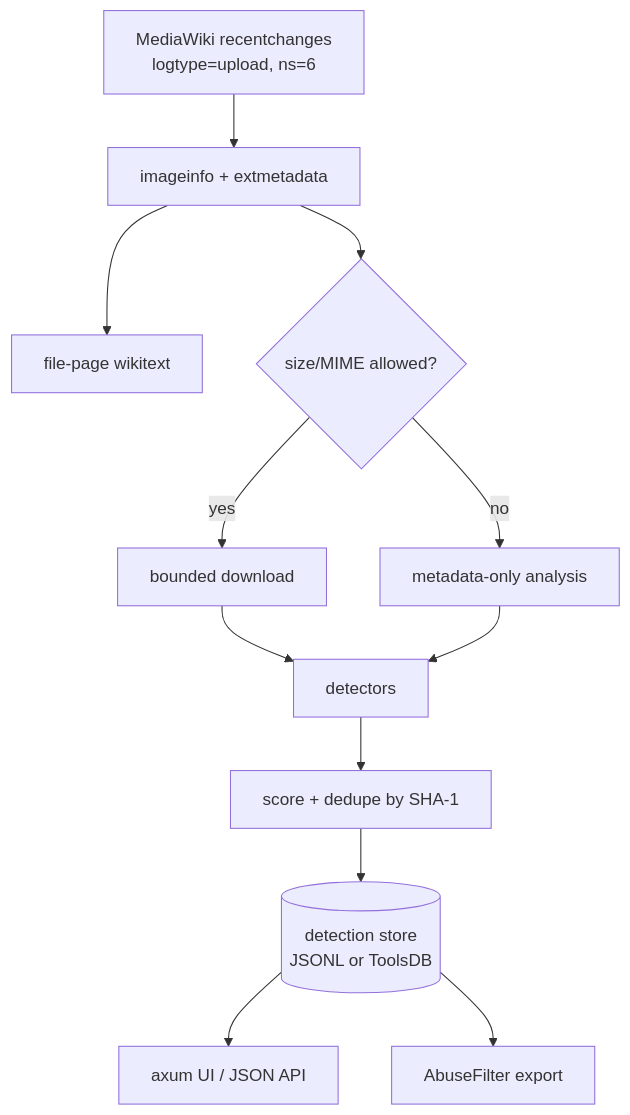
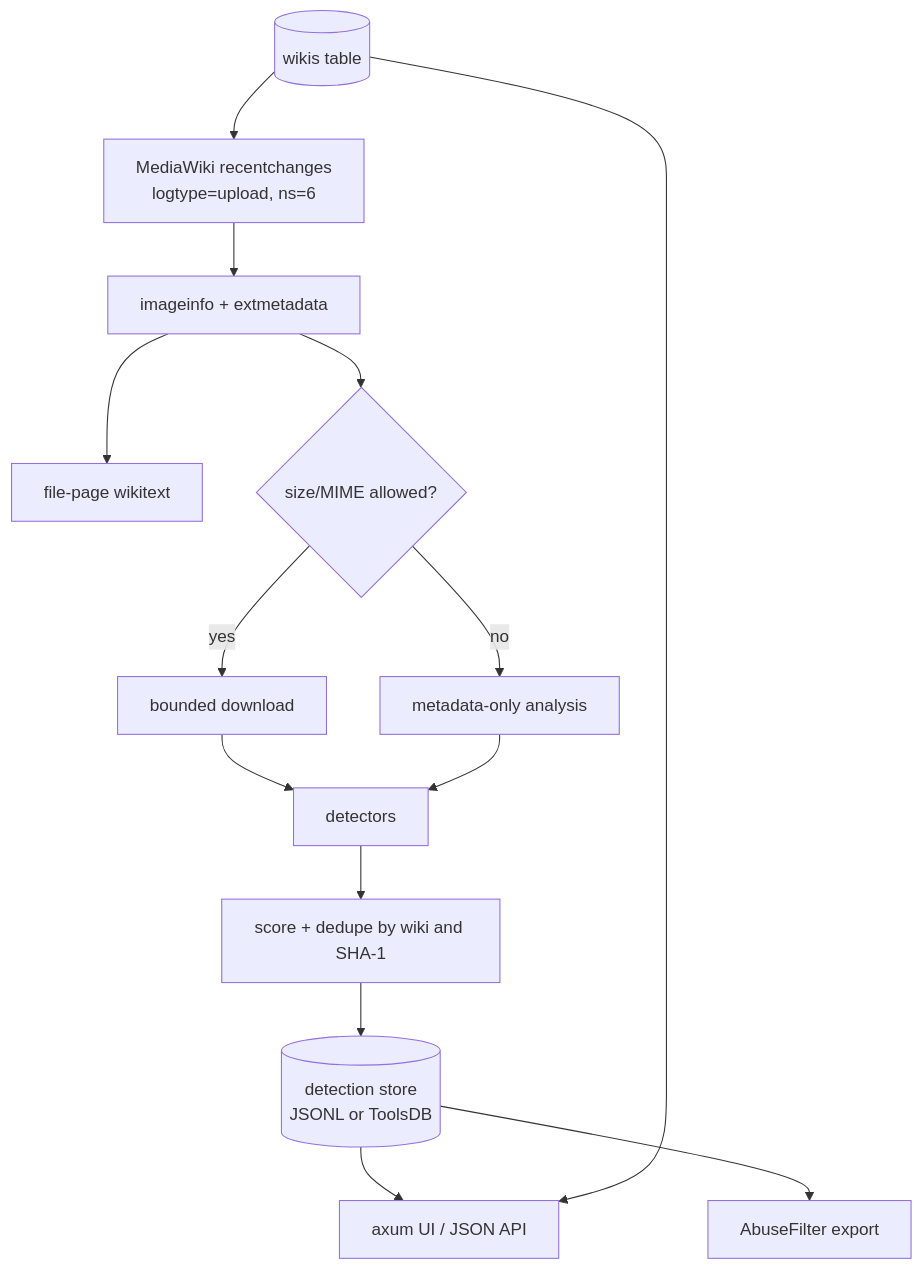
Before and after one commit to magnusmanske/faike: the diagram in README.md, drawn with Mermaid. The commit also changed other lines of this file, not shown here.

First line of the commit message:
Document multi-wiki operation, telemetry and AbuseFilter access

````diff
--- a/README.md
+++ b/README.md
@@ -68,14 +71,16 @@
 ```mermaid
 flowchart TD
-    A[MediaWiki recentchanges<br/>logtype=upload, ns=6] --> B[imageinfo + extmetadata]
+    W[(wikis table)] --> A[MediaWiki recentchanges<br/>logtype=upload, ns=6]
+    A --> B[imageinfo + extmetadata]
     B --> C[file-page wikitext]
     B --> D{size/MIME allowed?}
     D -- yes --> E[bounded download]
     D -- no --> F[metadata-only analysis]
     E --> G[detectors]
     F --> G
-    G --> H[score + dedupe by SHA-1]
+    G --> H[score + dedupe by wiki and SHA-1]
     H --> I[(detection store<br/>JSONL or ToolsDB)]
     I --> J[axum UI / JSON API]
     I --> K[AbuseFilter export]
+    W --> J
 ```
````
